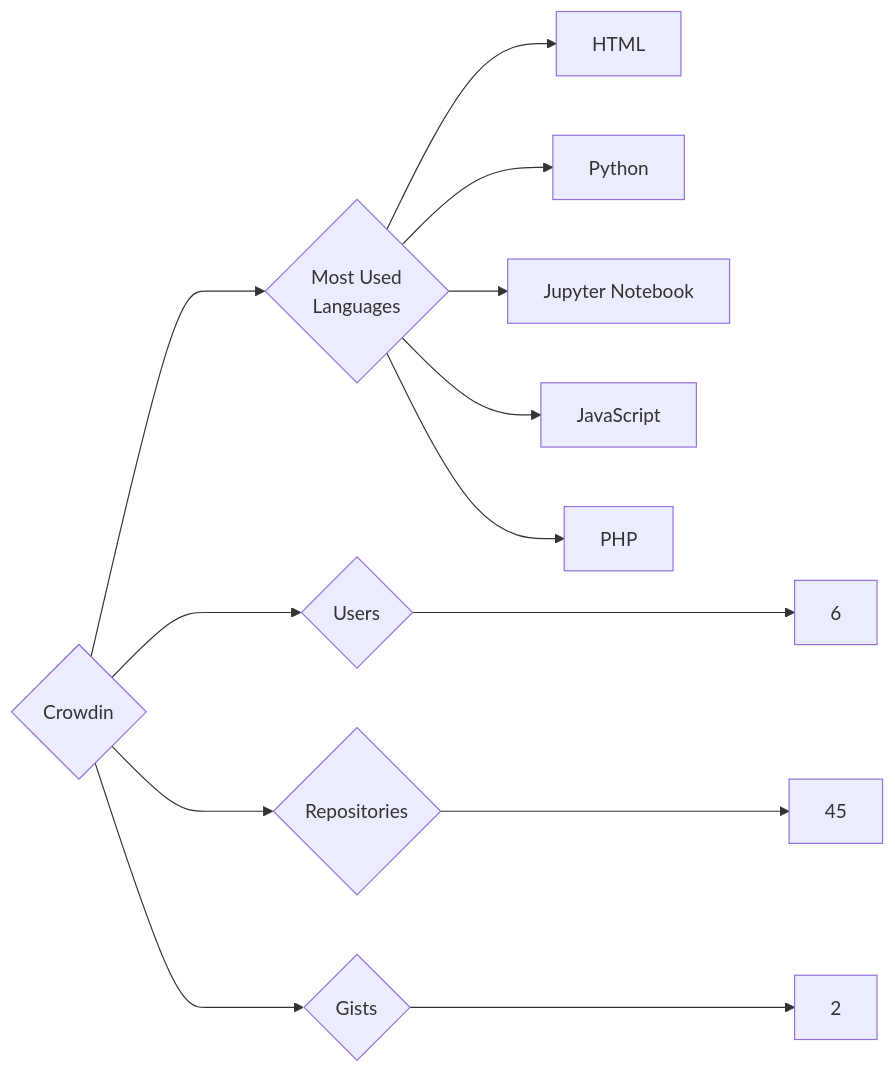
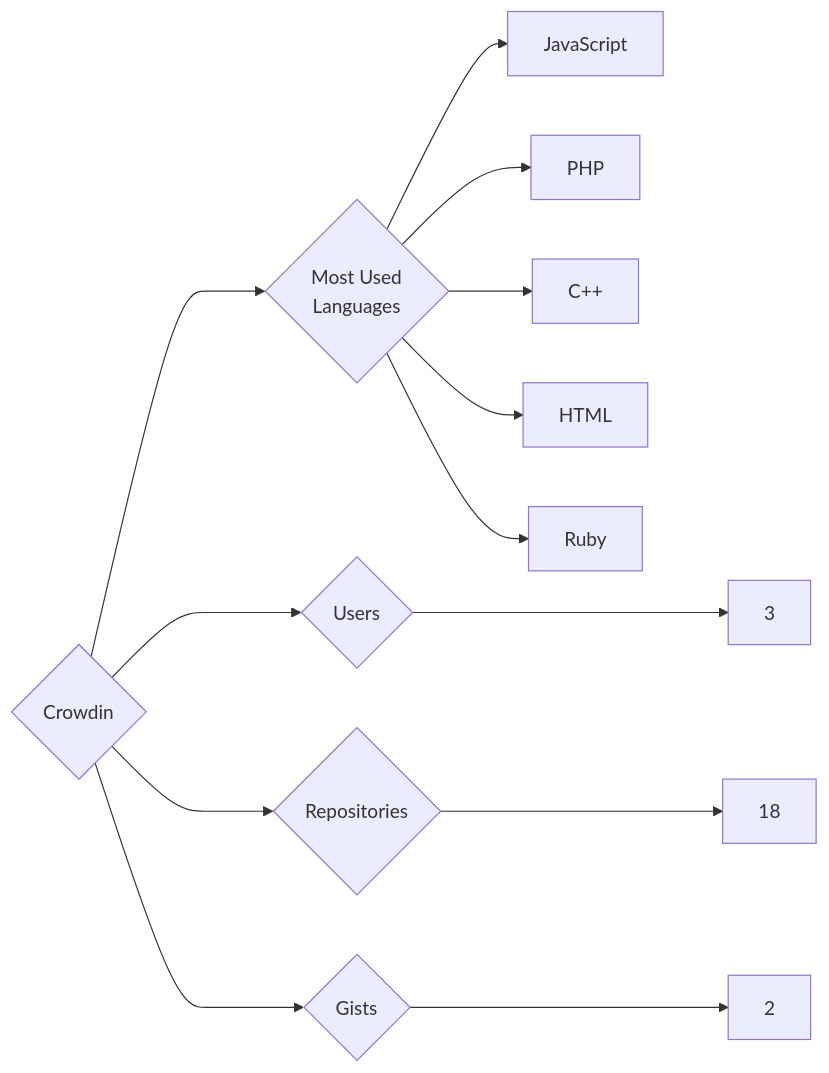
Before and after one commit to trickest/insiders: the diagram in targets/Crowdin/README.md, drawn with Mermaid. The commit also changed 1167 other files, not shown here.

````diff
--- a/targets/Crowdin/README.md
+++ b/targets/Crowdin/README.md
@@ -3,13 +3,13 @@
 ```mermaid
 graph LR
 COMPANY_NAME{Crowdin}
-COMPANY_NAME ---> U{Users} ---> UN[6]
-COMPANY_NAME ---> R{Repositories} ---> RN[45]
+COMPANY_NAME ---> U{Users} ---> UN[3]
+COMPANY_NAME ---> R{Repositories} ---> RN[18]
 COMPANY_NAME ---> G{Gists} ---> GN[2]
 COMPANY_NAME ---> ML{Most Used<br>Languages}
-ML --> HTML[HTML]
-ML --> Python[Python]
-ML --> Jupyter_Notebook[Jupyter Notebook]
 ML --> JavaScript[JavaScript]
 ML --> PHP[PHP]
+ML --> C++[C++]
+ML --> HTML[HTML]
+ML --> Ruby[Ruby]
 ```
````
